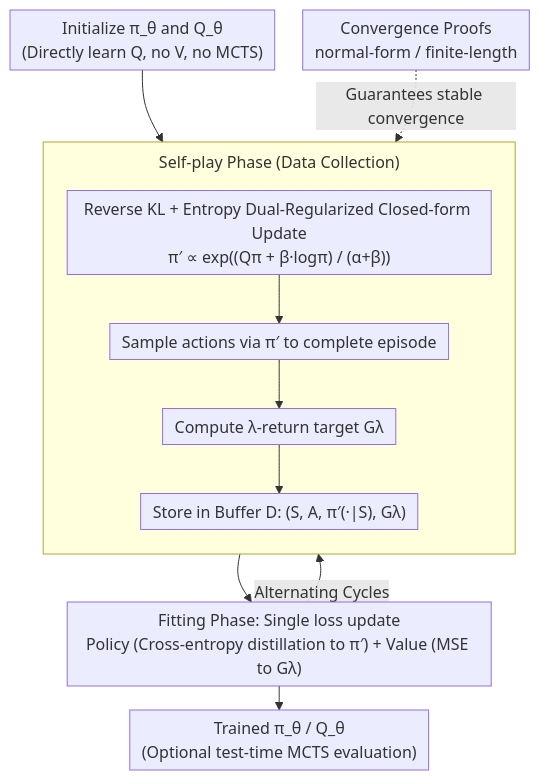
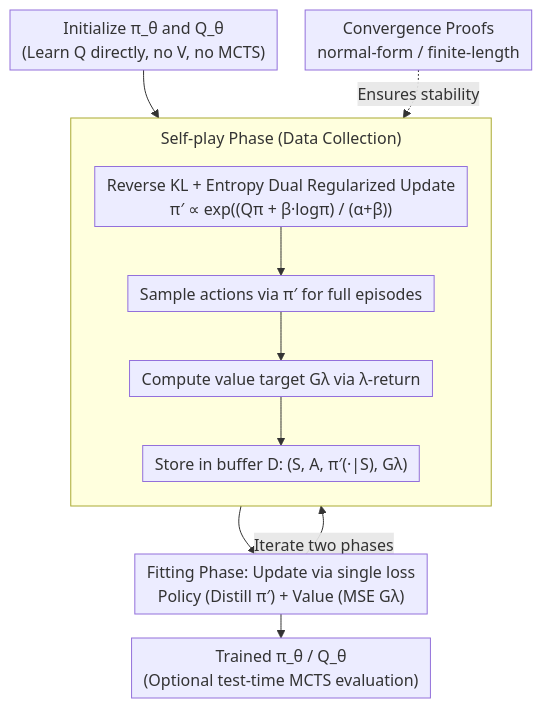
Before and after one commit to zhaoyang97/Paper-Notes-en: the diagram in docs/ICML2026/reinforcement_learning/revisiting_regularized_policy_optimization_for_stable_and_efficient_reinforcemen.md, drawn with Mermaid. The commit also changed other lines of this file and 5084 other files, not shown here.

````diff
--- a/docs/ICML2026/reinforcement_learning/revisiting_regularized_policy_optimization_for_stable_and_efficient_reinforcemen.md
+++ b/docs/ICML2026/reinforcement_learning/revisiting_regularized_policy_optimization_for_stable_and_efficient_reinforcemen.md
@@ -42,17 +42,17 @@
 ```mermaid
 %%{init: {'flowchart': {'rankSpacing': 24, 'nodeSpacing': 28, 'padding': 6, 'wrappingWidth': 400, 'subGraphTitleMargin': {'top': 8, 'bottom': 16}}}}%%
 flowchart TD
-    INIT["Initialize π_θ and Q_θ<br/>(Directly learn Q, no V, no MCTS)"]
+    INIT["Initialize π_θ and Q_θ<br/>(Learn Q directly, no V, no MCTS)"]
     INIT --> A
     subgraph SP["Self-play Phase (Data Collection)"]
         direction TB
-        A["Reverse KL + Entropy Dual-Regularized Closed-form Update<br/>π′ ∝ exp((Qπ + β·logπ) / (α+β))"]
-        A --> B["Sample actions via π′ to complete episode"]
-        B --> C["Compute λ-return target Gλ"]
-        C --> D["Store in Buffer D: (S, A, π′(·|S), Gλ)"]
+        A["Reverse KL + Entropy Dual Regularized Update<br/>π′ ∝ exp((Qπ + β·logπ) / (α+β))"]
+        A --> B["Sample actions via π′ for full episodes"]
+        B --> C["Compute value target Gλ via λ-return"]
+        C --> D["Store in buffer D: (S, A, π′(·|S), Gλ)"]
     end
-    D --> FIT["Fitting Phase: Single loss update<br/>Policy (Cross-entropy distillation to π′) + Value (MSE to Gλ)"]
-    FIT -->|Alternating Cycles| A
+    D --> FIT["Fitting Phase: Update via single loss<br/>Policy (Distill π′) + Value (MSE Gλ)"]
+    FIT -->|Iterate two phases| A
     FIT --> OUT["Trained π_θ / Q_θ<br/>(Optional test-time MCTS evaluation)"]
-    PROOF["Convergence Proofs<br/>normal-form / finite-length"] -. Guarantees stable convergence .-> A
+    PROOF["Convergence Proofs<br/>normal-form / finite-length"] -. Ensures stability .-> A
 ```
````
